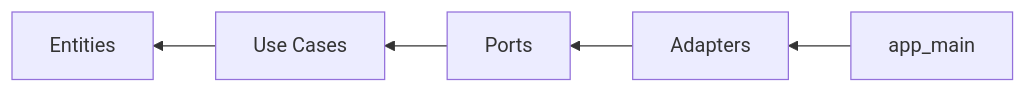
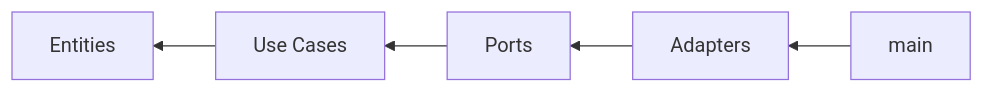
Before and after one commit to fcte-pi1/2026.2_PI1_Grupo1_Diogo: the diagram in src/firmware/GUIA_DESENVOLVIMENTO.md, drawn with Mermaid. The commit also changed other lines of this file and 2 other files, not shown here.

````diff
--- a/src/firmware/GUIA_DESENVOLVIMENTO.md
+++ b/src/firmware/GUIA_DESENVOLVIMENTO.md
@@ -11,7 +11,7 @@
 ```mermaid
 graph RL
-    A[app_main] --> B[Adapters]
+    A[main] --> B[Adapters]
     B --> C[Ports]
     C --> D[Use Cases]
     D --> E[Entities]
 ```
````
